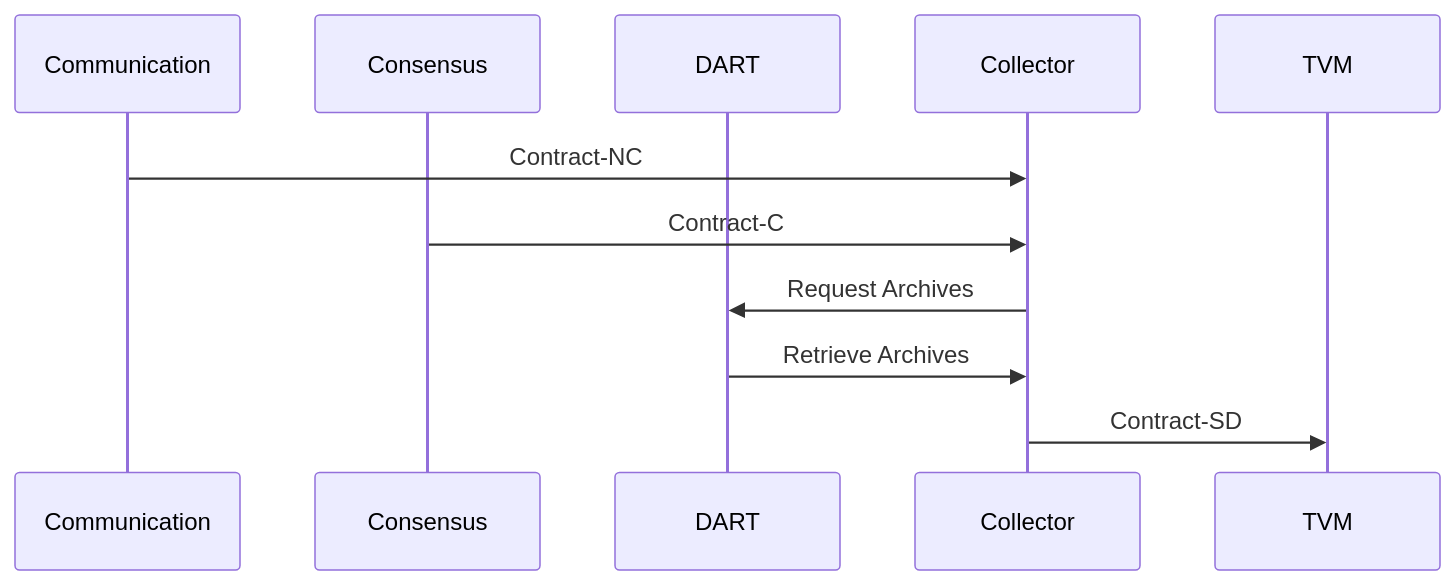
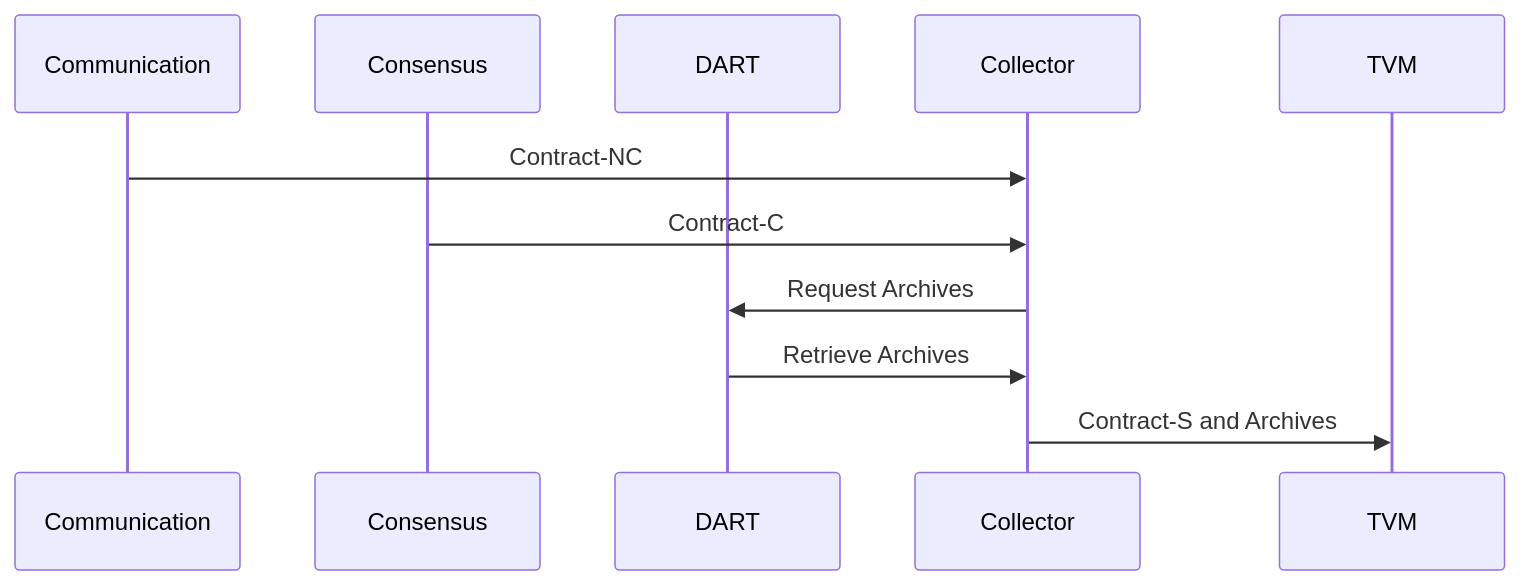
One commit to tagion/tagion changed the diagram in documents/architecture/Collector.md. Above: the diagram before and after it, drawn with Mermaid. The commit also changed other lines of this file, not shown here.

Commit message:
collector review with CBR

````diff
--- a/documents/architecture/Collector.md
+++ b/documents/architecture/Collector.md
@@ -25,14 +24,14 @@
 ```mermaid
 sequenceDiagram
     participant Communication
     participant Consensus
     participant DART 
     participant Collector
     participant TVM 
     Communication->>Collector: Contract-NC 
     Consensus->>Collector: Contract-C
     Collector->>DART: Request Archives
     DART->>Collector: Retrieve Archives
-    Collector->>TVM: Contract-SD
+    Collector->>TVM: Contract-S and Archives
 
 ```
````
